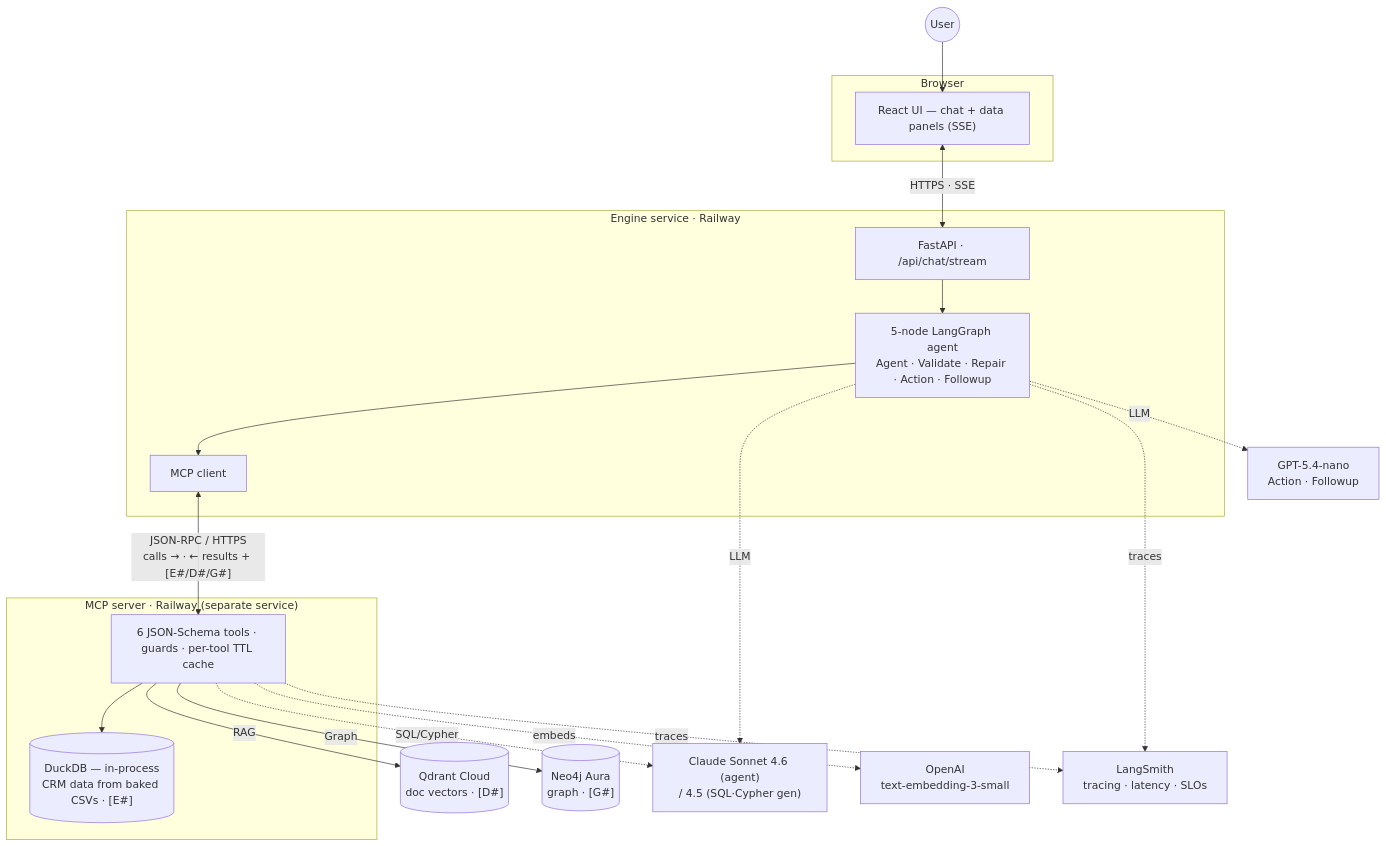
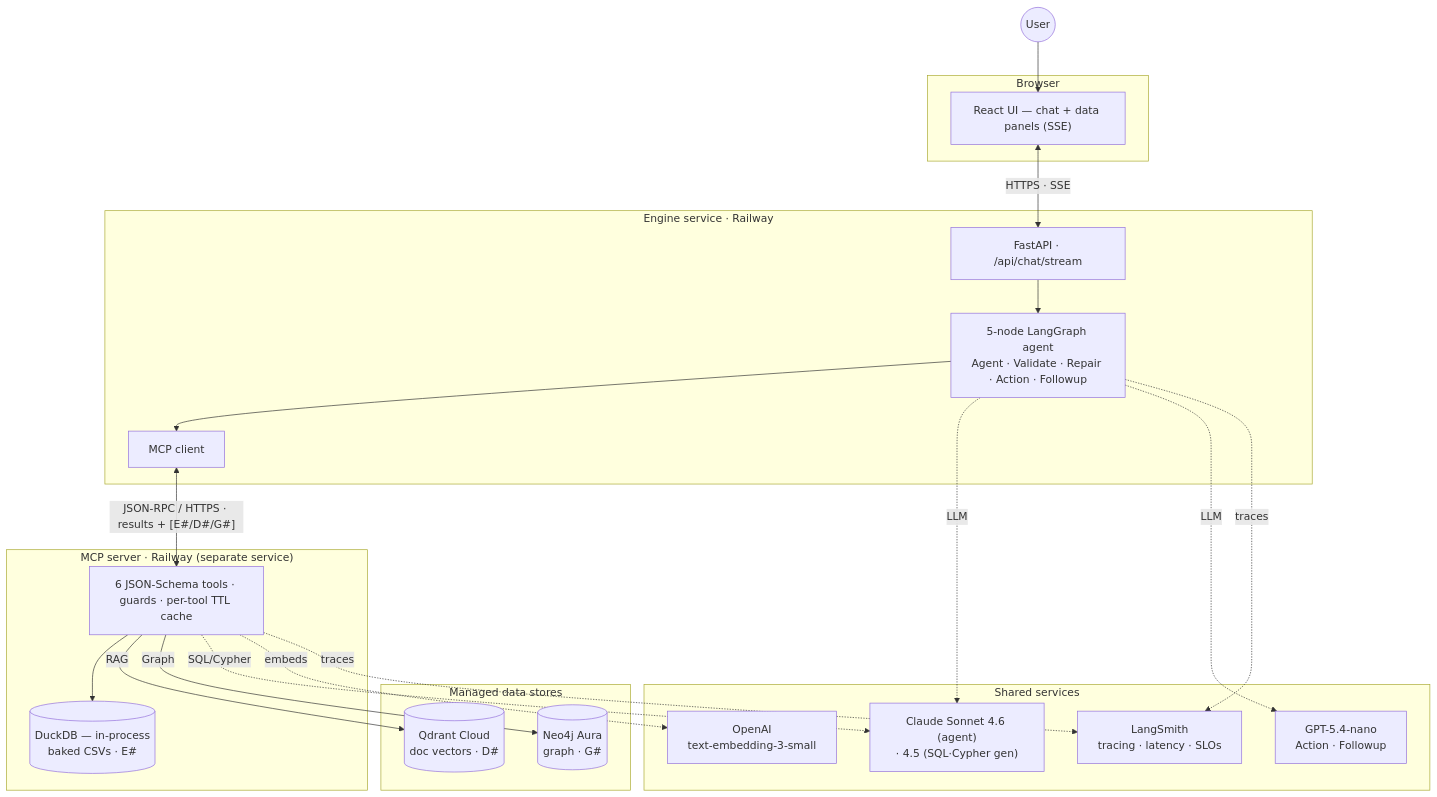
Before and after one commit to sazzad-kamal/crm-agentic-mcp-engine: the second of 6 diagrams in README.md, drawn with Mermaid.

Commit message:
Cluster shared services + data stores in topology diagram (readability, no info loss)

````diff
--- a/README.md
+++ b/README.md
@@ -63,40 +63,45 @@
 ```mermaid
 flowchart TB
     User(("User"))
 
     subgraph BROWSER["Browser"]
         UI["React UI — chat + data panels (SSE)"]
     end
 
     subgraph RW1["Engine service · Railway"]
         API["FastAPI · /api/chat/stream"]
         AG["5-node LangGraph agent<br/>Agent · Validate · Repair · Action · Followup"]
         MC["MCP client"]
         API --> AG --> MC
     end
 
     subgraph RW2["MCP server · Railway (separate service)"]
         TL["6 JSON-Schema tools · guards · per-tool TTL cache"]
-        DUCK[("DuckDB — in-process<br/>CRM data from baked CSVs · [E#]")]
+        DUCK[("DuckDB — in-process<br/>baked CSVs · E#")]
         TL --> DUCK
     end
 
-    QDR[("Qdrant Cloud<br/>doc vectors · [D#]")]
-    NEO[("Neo4j Aura<br/>graph · [G#]")]
-    CLA["Claude Sonnet 4.6 (agent)<br/>/ 4.5 (SQL·Cypher gen)"]
-    GPT["GPT-5.4-nano<br/>Action · Followup"]
-    EMB["OpenAI<br/>text-embedding-3-small"]
-    OBS["LangSmith<br/>tracing · latency · SLOs"]
+    subgraph DATA["Managed data stores"]
+        QDR[("Qdrant Cloud<br/>doc vectors · D#")]
+        NEO[("Neo4j Aura<br/>graph · G#")]
+    end
+
+    subgraph SHARED["Shared services"]
+        CLA["Claude Sonnet 4.6 (agent)<br/>· 4.5 (SQL·Cypher gen)"]
+        GPT["GPT-5.4-nano<br/>Action · Followup"]
+        EMB["OpenAI<br/>text-embedding-3-small"]
+        OBS["LangSmith<br/>tracing · latency · SLOs"]
+    end
 
     User --> UI
     UI <-->|"HTTPS · SSE"| API
-    MC <-->|"JSON-RPC / HTTPS<br/>calls → · ← results + [E#/D#/G#]"| TL
+    MC <-->|"JSON-RPC / HTTPS · results + [E#/D#/G#]"| TL
     TL -->|RAG| QDR
     TL -->|Graph| NEO
-    TL -. embeds .-> EMB
     AG -. LLM .-> CLA
     AG -. LLM .-> GPT
     TL -. SQL/Cypher .-> CLA
+    TL -. embeds .-> EMB
     AG -. traces .-> OBS
     TL -. traces .-> OBS
 ```
````
